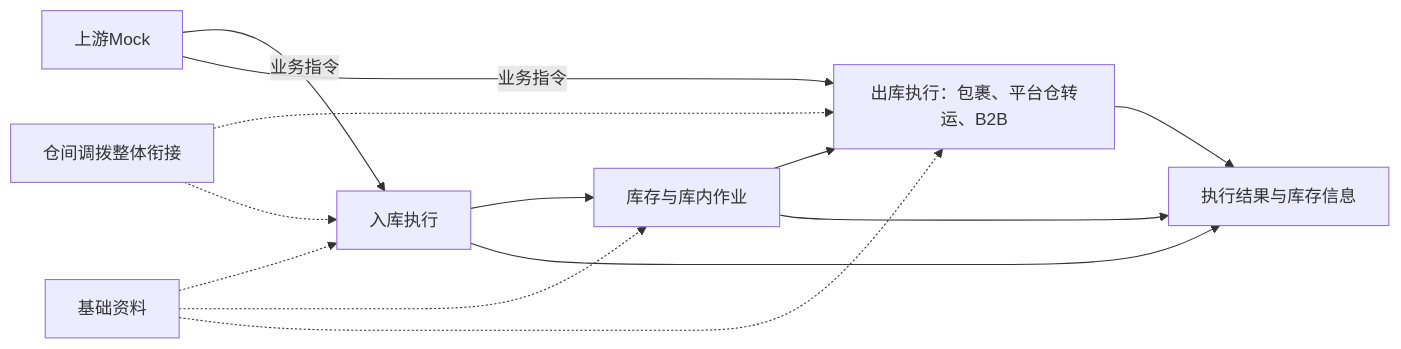
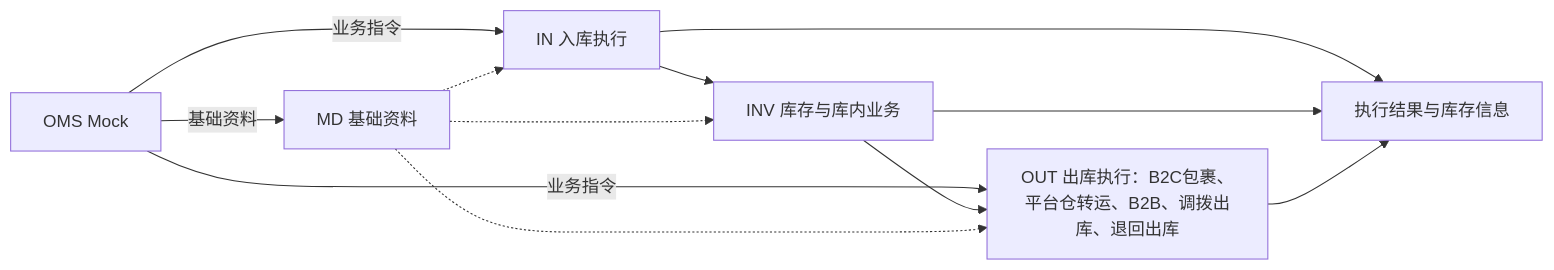
The diagram in 03-需求调研和分析/00-项目总览/强盛WMS需求分析总览.md (TopVitamin/QS-WMS-Project), drawn with Mermaid before and after one commit. The commit also changed other lines of this file and 21 other files, not shown here.

````diff
--- a/03-需求调研和分析/00-项目总览/强盛WMS需求分析总览.md
+++ b/03-需求调研和分析/00-项目总览/强盛WMS需求分析总览.md
@@ -25,15 +24,14 @@
 ```mermaid
 flowchart LR
-    M[上游Mock] -->|业务指令| I[入库执行]
-    M -->|业务指令| O[出库执行：包裹、平台仓转运、B2B]
-    I --> K[库存与库内作业]
-    K --> O
-    T[仓间调拨整体衔接] -.-> O
-    T -.-> I
-    D[基础资料] -.-> I
-    D -.-> K
-    D -.-> O
-    I --> R[执行结果与库存信息]
-    K --> R
-    O --> R
+    MOCK[OMS Mock] -->|基础资料| MD[MD 基础资料]
+    MOCK -->|业务指令| IN[IN 入库执行]
+    MOCK -->|业务指令| OUT[OUT 出库执行：B2C包裹、平台仓转运、B2B、调拨出库、退回出库]
+    IN --> INV[INV 库存与库内业务]
+    INV --> OUT
+    MD -.-> IN
+    MD -.-> INV
+    MD -.-> OUT
+    IN --> RESULT[执行结果与库存信息]
+    INV --> RESULT
+    OUT --> RESULT
 ```
````
